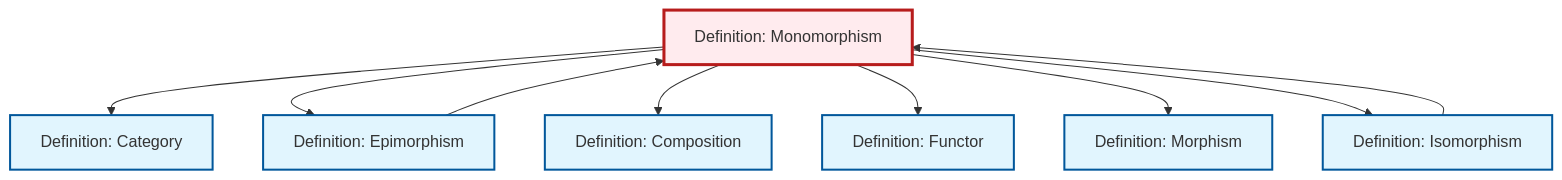
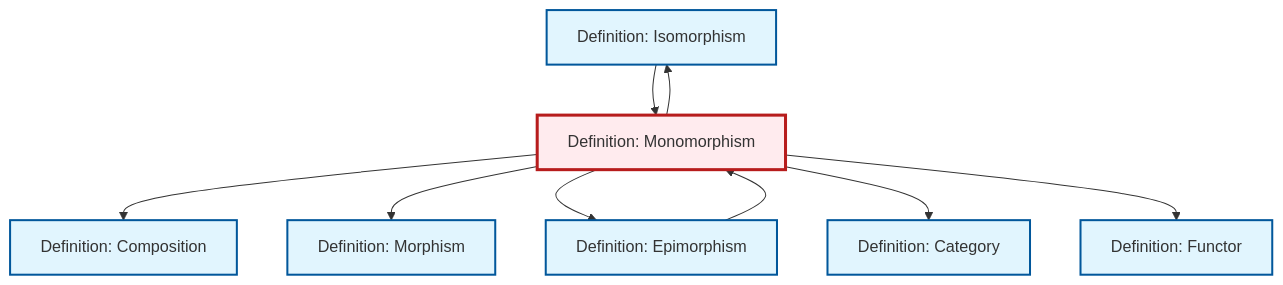
The diagram in content/en/category-theory/def-monomorphism.qmd (RK0429/ModernMath), drawn with Mermaid before and after one commit. The commit also changed other lines of this file and 1012 other files, not shown here.

````diff
--- a/content/en/category-theory/def-monomorphism.qmd
+++ b/content/en/category-theory/def-monomorphism.qmd
@@ -95,31 +95,31 @@
 ```{mermaid}
 %%| fig-cap: "Local dependency graph"
 graph TD
     classDef definition fill:#e1f5fe,stroke:#01579b,stroke-width:2px
     classDef theorem fill:#f3e5f5,stroke:#4a148c,stroke-width:2px
     classDef axiom fill:#fff3e0,stroke:#e65100,stroke-width:2px
     classDef example fill:#e8f5e9,stroke:#1b5e20,stroke-width:2px
     classDef current fill:#ffebee,stroke:#b71c1c,stroke-width:3px
-    def-monomorphism["Definition: Monomorphism"]:::definition
-    def-category["Definition: Category"]:::definition
-    def-epimorphism["Definition: Epimorphism"]:::definition
     def-isomorphism["Definition: Isomorphism"]:::definition
     def-composition["Definition: Composition"]:::definition
+    def-category["Definition: Category"]:::definition
+    def-monomorphism["Definition: Monomorphism"]:::definition
+    def-functor["Definition: Functor"]:::definition
     def-morphism["Definition: Morphism"]:::definition
-    def-functor["Definition: Functor"]:::definition
+    def-epimorphism["Definition: Epimorphism"]:::definition
+    def-monomorphism --> def-composition
+    def-monomorphism --> def-morphism
+    def-monomorphism --> def-isomorphism
+    def-isomorphism --> def-monomorphism
+    def-epimorphism --> def-monomorphism
+    def-monomorphism --> def-epimorphism
     def-monomorphism --> def-category
-    def-monomorphism --> def-epimorphism
-    def-monomorphism --> def-composition
     def-monomorphism --> def-functor
-    def-monomorphism --> def-morphism
-    def-isomorphism --> def-monomorphism
-    def-monomorphism --> def-isomorphism
-    def-epimorphism --> def-monomorphism
     class def-monomorphism current
-    click def-category "def-category.html" "Go to Category definition"
-    click def-epimorphism "def-epimorphism.html" "Go to Epimorphism definition"
     click def-isomorphism "def-isomorphism.html" "Go to Isomorphism definition"
     click def-composition "def-composition.html" "Go to Composition definition"
+    click def-category "def-category.html" "Go to Category definition"
+    click def-functor "def-functor.html" "Go to Functor definition"
     click def-morphism "def-morphism.html" "Go to Morphism definition"
-    click def-functor "def-functor.html" "Go to Functor definition"
+    click def-epimorphism "def-epimorphism.html" "Go to Epimorphism definition"
 ```
````
